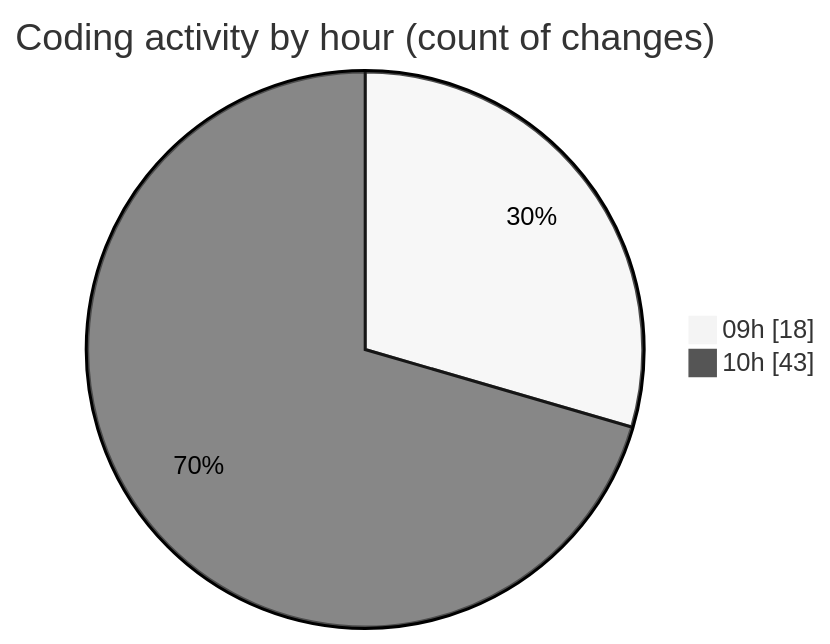
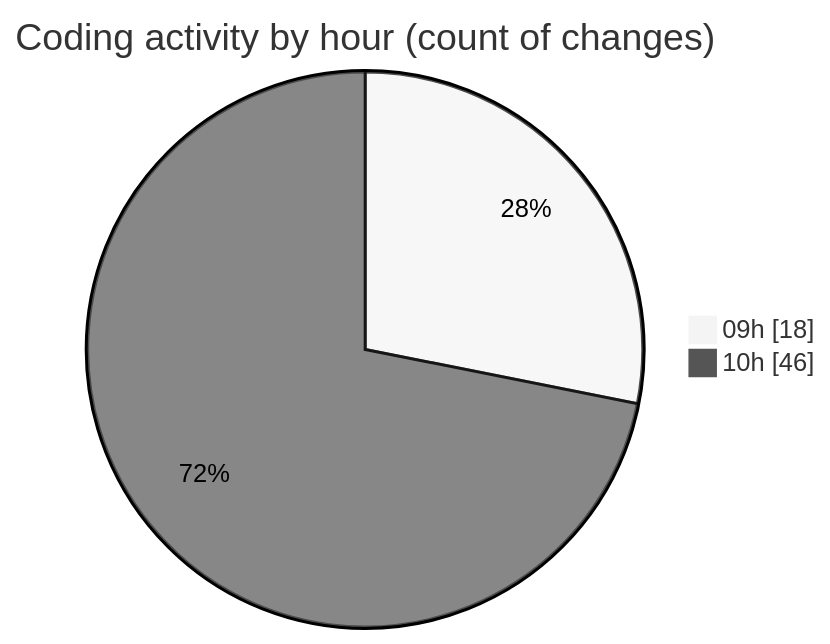
The second of 2 diagrams in 2025-03-21/cda/README.md (momahboobian/code-tracking), drawn with Mermaid (neutral theme) before and after one commit. The commit also changed other lines of this file and 1 other file, not shown here.

````diff
--- a/2025-03-21/cda/README.md
+++ b/2025-03-21/cda/README.md
@@ -34,6 +34,6 @@
 ```mermaid
 pie showData
 title Coding activity by hour (count of changes)
 "09h" : 18
-"10h" : 43
+"10h" : 46
 ```
````
